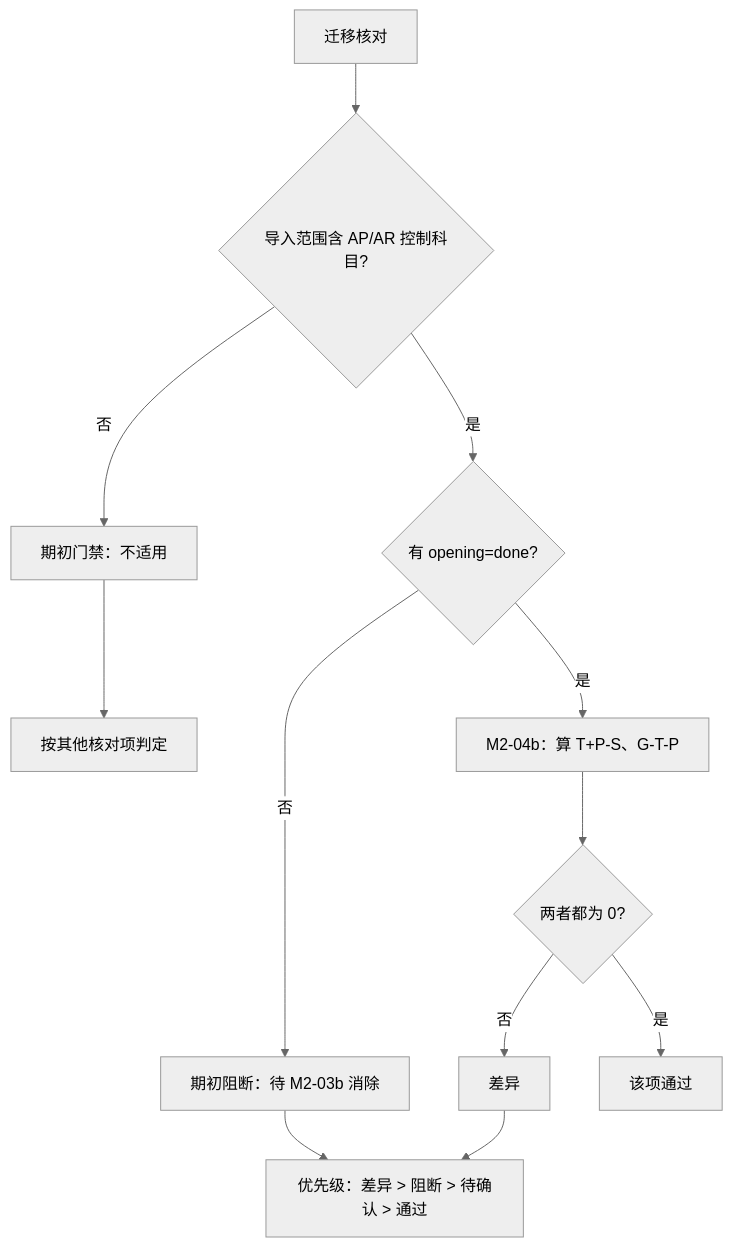
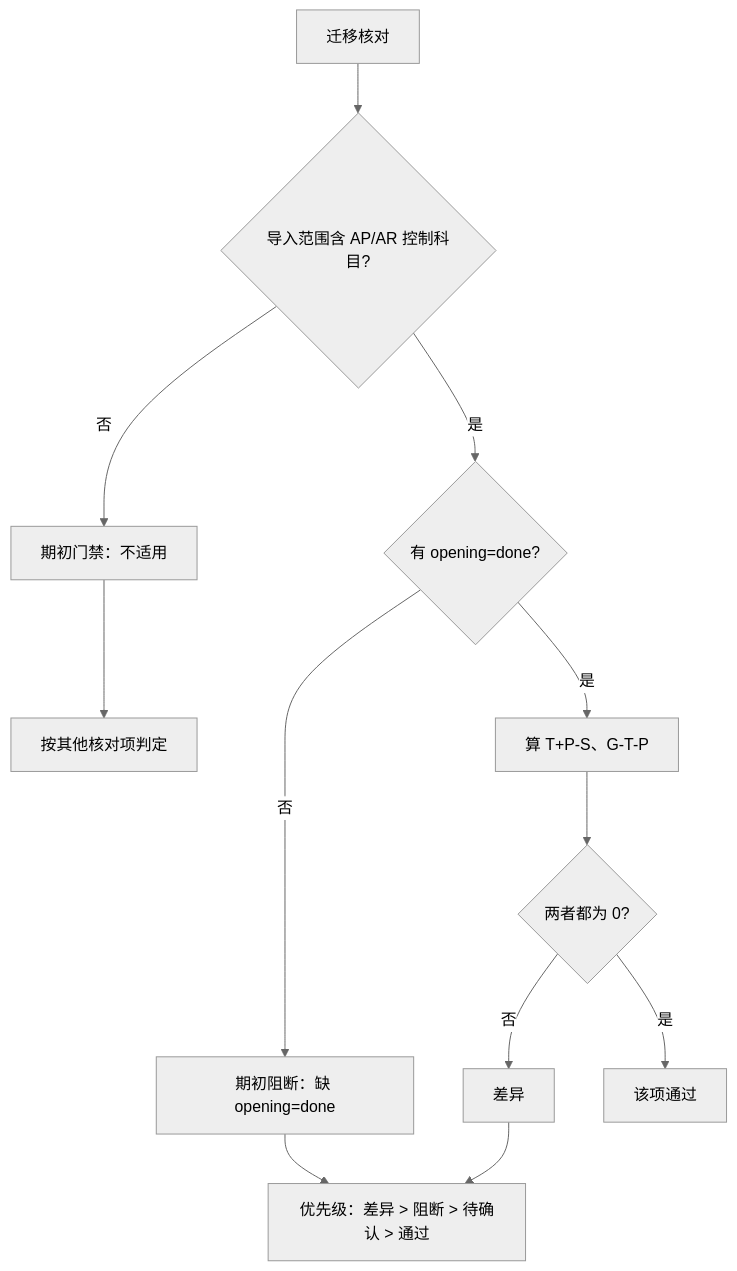
The seventh of 7 diagrams in docs/flows/trade-flow.md (lingshf/ai-native-erp), drawn with Mermaid (neutral theme) before and after one commit. The commit also changed other lines of this file and 21 other files, not shown here.

````diff
--- a/docs/flows/trade-flow.md
+++ b/docs/flows/trade-flow.md
@@ -113,14 +115,14 @@
 ```mermaid
 flowchart TD
   A["迁移核对"] --> B{"导入范围含 AP/AR 控制科目?"}
   B -- 否 --> C["期初门禁：不适用"]
   B -- 是 --> D{"有 opening=done?"}
-  D -- 否 --> E["期初阻断：待 M2-03b 消除"]
-  D -- 是 --> F["M2-04b：算 T+P-S、G-T-P"]
+  D -- 否 --> E["期初阻断：缺 opening=done"]
+  D -- 是 --> F["算 T+P-S、G-T-P"]
   F --> G{"两者都为 0?"}
   G -- 否 --> H["差异"]
   G -- 是 --> I["该项通过"]
   C --> J["按其他核对项判定"]
   H --> K["优先级：差异 > 阻断 > 待确认 > 通过"]
   E --> K
 ```
````
